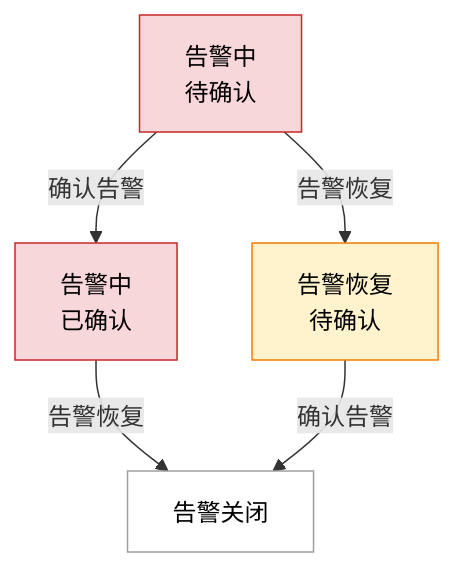
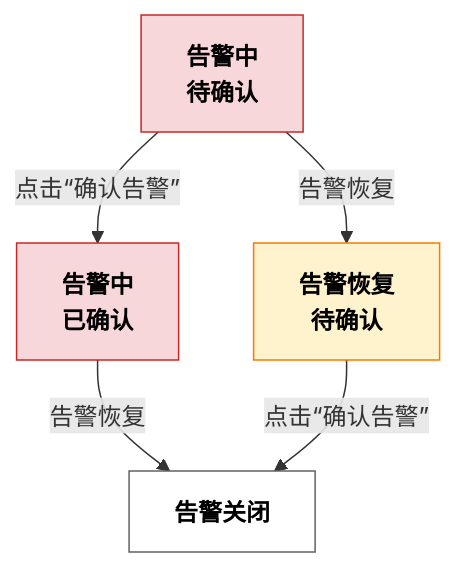
One commit to JadenAtAqara/itad-wiki changed the diagram in i18n/zh/docusaurus-plugin-content-docs/version-Beta/aqara-studio/alarm-management.mdx. Above: the diagram before and after it, drawn with Mermaid. The commit also changed other lines of this file and 25 other files, not shown here.

````diff
--- a/i18n/zh/docusaurus-plugin-content-docs/version-Beta/aqara-studio/alarm-management.mdx
+++ b/i18n/zh/docusaurus-plugin-content-docs/version-Beta/aqara-studio/alarm-management.mdx
@@ -64,20 +101,28 @@
 ```mermaid
 flowchart TD
-    A[告警中<br/>待确认]
-    B[告警中<br/>已确认]
-    C[告警恢复<br/>待确认]
-    D[告警关闭]
+    style A fill:#f8d7da,stroke:#c62828,color:#000,font-weight:bold
+    style B fill:#f8d7da,stroke:#c62828,color:#000,font-weight:bold
+    style C fill:#fff3cd,stroke:#f57c00,color:#000
+    style D fill:#ffffff,stroke:#616161,color:#000
 
-    A -- 确认告警 --> B
+    A[<b>告警中<br/>待确认</b>]
+    B[<b>告警中<br/>已确认</b>]
+    C[<b>告警恢复<br/>待确认</b>]
+    D[<b>告警关闭</b>]
+
+    %% 改善箭头位置和含义
+    A -- 点击“确认告警” --> B
     A -- 告警恢复 --> C
     B -- 告警恢复 --> D
-    C -- 确认告警 --> D
+    C -- 点击“确认告警” --> D
 
-    classDef red fill:#f8d7da,stroke:#c62828,color:#000
+    %% 增加说明标签
+    A:::red
+    B:::red
+    C:::orange
+    D:::whitebg
+
+    classDef red fill:#f8d7da,stroke:#c62828,color:#000,font-weight:bold
     classDef orange fill:#fff3cd,stroke:#f57c00,color:#000
-    classDef white fill:#ffffff,stroke:#9e9e9e,color:#000
-
-    class A,B red
-    class C orange
-    class D white
+    classDef whitebg fill:#ffffff,stroke:#616161,color:#000
 ```
````
